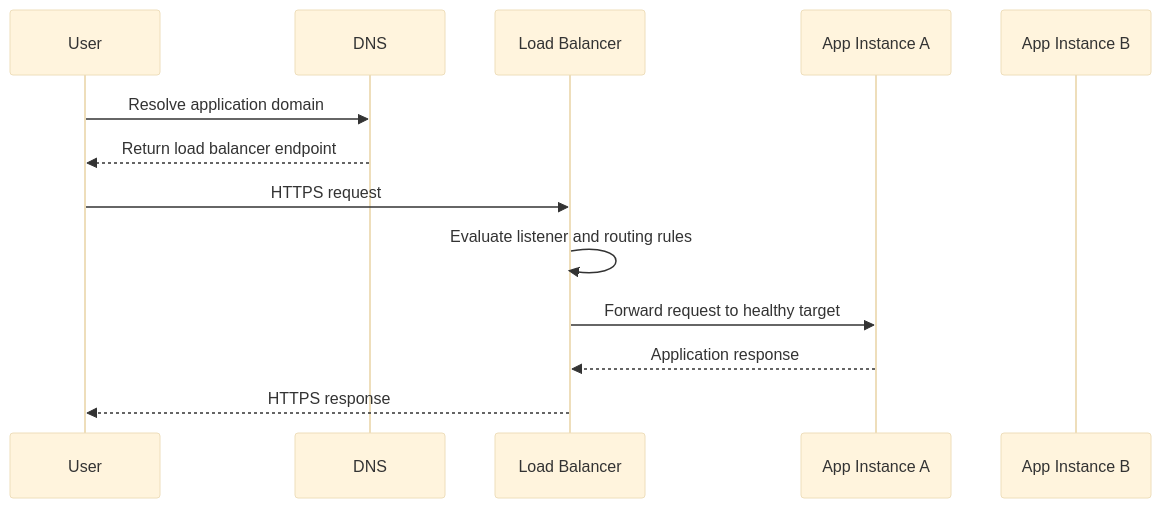
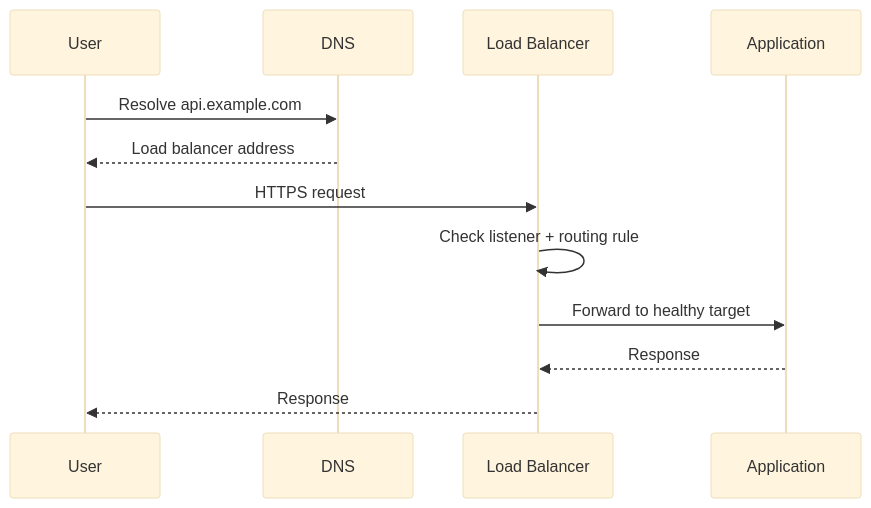
Before and after one commit to AvadhBhalodiya/Interview-Preparation: the fourth of 15 diagrams in src/content/devops/load-balancing-auto-scaling.md, drawn with Mermaid (base theme). The commit also changed other lines of this file and 54 other files, not shown here.

````diff
--- a/src/content/devops/load-balancing-auto-scaling.md
+++ b/src/content/devops/load-balancing-auto-scaling.md
@@ -137,16 +161,15 @@
 ```mermaid
 sequenceDiagram
     participant U as User
     participant DNS as DNS
     participant LB as Load Balancer
-    participant A as App Instance A
-    participant B as App Instance B
+    participant APP as Application
 
-    U->>DNS: Resolve application domain
-    DNS-->>U: Return load balancer endpoint
+    U->>DNS: Resolve api.example.com
+    DNS-->>U: Load balancer address
     U->>LB: HTTPS request
-    LB->>LB: Evaluate listener and routing rules
-    LB->>A: Forward request to healthy target
-    A-->>LB: Application response
-    LB-->>U: HTTPS response
+    LB->>LB: Check listener + routing rule
+    LB->>APP: Forward to healthy target
+    APP-->>LB: Response
+    LB-->>U: Response
 ```
````
